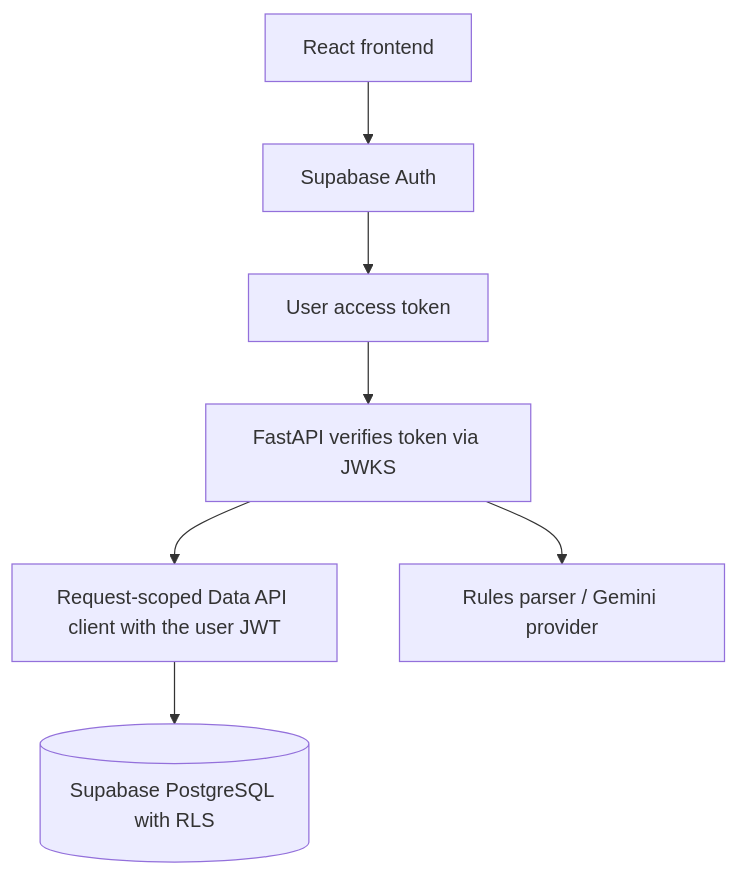
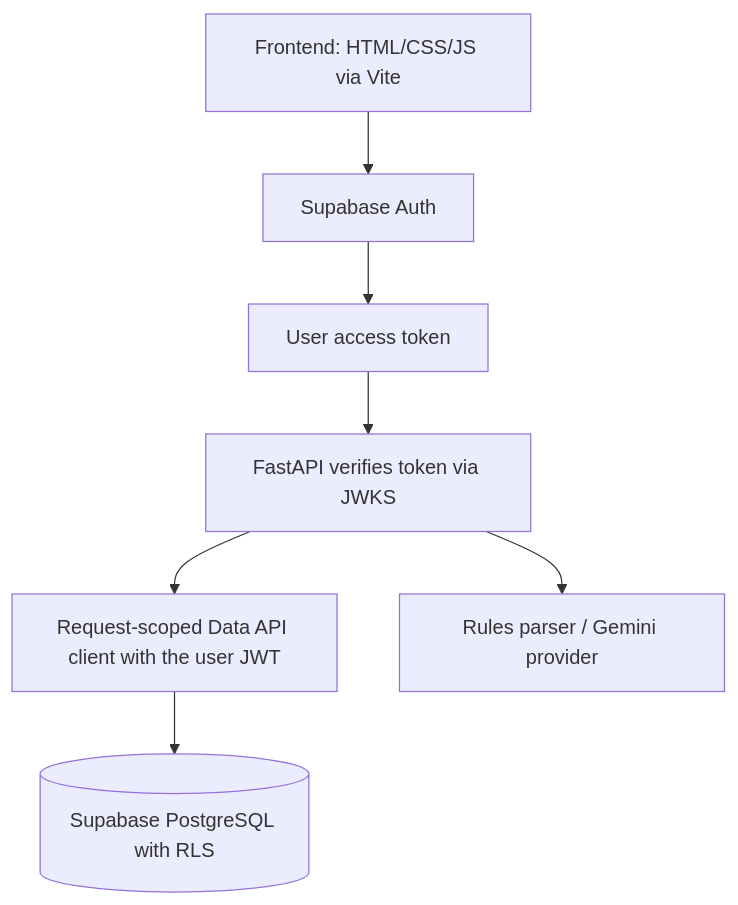
One commit to shritamaraha05-codex/thakumas-recipe changed the third of 3 diagrams in README.md. Above: the diagram before and after it, drawn with Mermaid. The commit also changed other lines of this file and 46 other files, not shown here.

Commit message:
feat: implemented FULL vanilla HTML/CSS/JS frontend and restructure backend config

````diff
--- a/README.md
+++ b/README.md
@@ -151,9 +151,9 @@
 ```mermaid
 flowchart TD
-    A[React frontend] --> B[Supabase Auth]
+    A[Frontend: HTML/CSS/JS via Vite] --> B[Supabase Auth]
     B --> C[User access token]
     C --> D[FastAPI verifies token via JWKS]
     D --> E[Request-scoped Data API client with the user JWT]
     E --> F[(Supabase PostgreSQL with RLS)]
     D --> G[Rules parser / Gemini provider]
 ```
````
